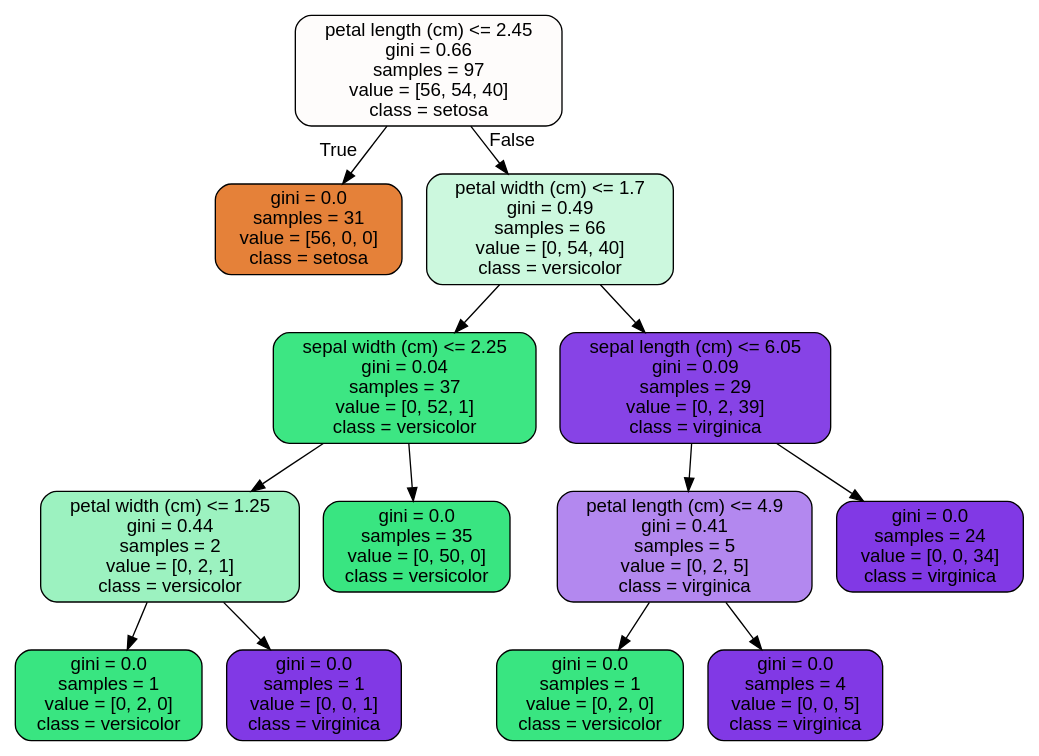
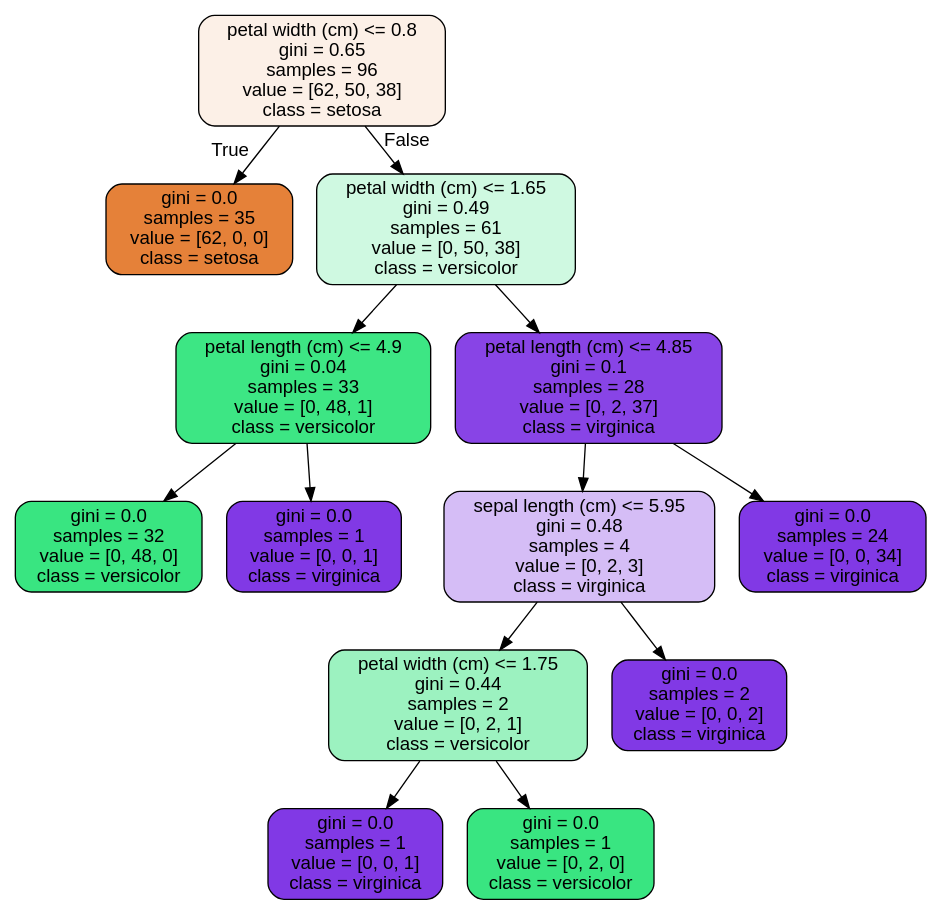
The diagram in Unit 14 - Supervised Learning/14.4 Random Forest Coronavirus case study/tree.dot (faridjn/-Springboard-7_2_5_API-Mini-Project), drawn with Graphviz before and after one commit. The commit also changed 2 other files, not shown here.

```diff
--- a/Unit 14 - Supervised Learning/14.4 Random Forest Coronavirus case study/tree.dot
+++ b/Unit 14 - Supervised Learning/14.4 Random Forest Coronavirus case study/tree.dot
@@ -1,29 +1,29 @@
 digraph Tree {
 node [shape=box, style="filled, rounded", color="black", fontname="helvetica"] ;
 edge [fontname="helvetica"] ;
-0 [label="petal length (cm) <= 2.45\ngini = 0.66\nsamples = 97\nvalue = [56, 54, 40]\nclass = setosa", fillcolor="#fefcfb"] ;
-1 [label="gini = 0.0\nsamples = 31\nvalue = [56, 0, 0]\nclass = setosa", fillcolor="#e58139"] ;
+0 [label="petal width (cm) <= 0.8\ngini = 0.65\nsamples = 96\nvalue = [62, 50, 38]\nclass = setosa", fillcolor="#fcf0e7"] ;
+1 [label="gini = 0.0\nsamples = 35\nvalue = [62, 0, 0]\nclass = setosa", fillcolor="#e58139"] ;
 0 -> 1 [labeldistance=2.5, labelangle=45, headlabel="True"] ;
-2 [label="petal width (cm) <= 1.7\ngini = 0.49\nsamples = 66\nvalue = [0, 54, 40]\nclass = versicolor", fillcolor="#ccf8de"] ;
+2 [label="petal width (cm) <= 1.65\ngini = 0.49\nsamples = 61\nvalue = [0, 50, 38]\nclass = versicolor", fillcolor="#cff9e1"] ;
 0 -> 2 [labeldistance=2.5, labelangle=-45, headlabel="False"] ;
-3 [label="sepal width (cm) <= 2.25\ngini = 0.04\nsamples = 37\nvalue = [0, 52, 1]\nclass = versicolor", fillcolor="#3de683"] ;
+3 [label="petal length (cm) <= 4.9\ngini = 0.04\nsamples = 33\nvalue = [0, 48, 1]\nclass = versicolor", fillcolor="#3de684"] ;
 2 -> 3 ;
-4 [label="petal width (cm) <= 1.25\ngini = 0.44\nsamples = 2\nvalue = [0, 2, 1]\nclass = versicolor", fillcolor="#9cf2c0"] ;
+4 [label="gini = 0.0\nsamples = 32\nvalue = [0, 48, 0]\nclass = versicolor", fillcolor="#39e581"] ;
 3 -> 4 ;
-5 [label="gini = 0.0\nsamples = 1\nvalue = [0, 2, 0]\nclass = versicolor", fillcolor="#39e581"] ;
-4 -> 5 ;
-6 [label="gini = 0.0\nsamples = 1\nvalue = [0, 0, 1]\nclass = virginica", fillcolor="#8139e5"] ;
-4 -> 6 ;
-7 [label="gini = 0.0\nsamples = 35\nvalue = [0, 50, 0]\nclass = versicolor", fillcolor="#39e581"] ;
-3 -> 7 ;
-8 [label="sepal length (cm) <= 6.05\ngini = 0.09\nsamples = 29\nvalue = [0, 2, 39]\nclass = virginica", fillcolor="#8743e6"] ;
-2 -> 8 ;
-9 [label="petal length (cm) <= 4.9\ngini = 0.41\nsamples = 5\nvalue = [0, 2, 5]\nclass = virginica", fillcolor="#b388ef"] ;
+5 [label="gini = 0.0\nsamples = 1\nvalue = [0, 0, 1]\nclass = virginica", fillcolor="#8139e5"] ;
+3 -> 5 ;
+6 [label="petal length (cm) <= 4.85\ngini = 0.1\nsamples = 28\nvalue = [0, 2, 37]\nclass = virginica", fillcolor="#8844e6"] ;
+2 -> 6 ;
+7 [label="sepal length (cm) <= 5.95\ngini = 0.48\nsamples = 4\nvalue = [0, 2, 3]\nclass = virginica", fillcolor="#d5bdf6"] ;
+6 -> 7 ;
+8 [label="petal width (cm) <= 1.75\ngini = 0.44\nsamples = 2\nvalue = [0, 2, 1]\nclass = versicolor", fillcolor="#9cf2c0"] ;
+7 -> 8 ;
+9 [label="gini = 0.0\nsamples = 1\nvalue = [0, 0, 1]\nclass = virginica", fillcolor="#8139e5"] ;
 8 -> 9 ;
 10 [label="gini = 0.0\nsamples = 1\nvalue = [0, 2, 0]\nclass = versicolor", fillcolor="#39e581"] ;
-9 -> 10 ;
-11 [label="gini = 0.0\nsamples = 4\nvalue = [0, 0, 5]\nclass = virginica", fillcolor="#8139e5"] ;
-9 -> 11 ;
+8 -> 10 ;
+11 [label="gini = 0.0\nsamples = 2\nvalue = [0, 0, 2]\nclass = virginica", fillcolor="#8139e5"] ;
+7 -> 11 ;
 12 [label="gini = 0.0\nsamples = 24\nvalue = [0, 0, 34]\nclass = virginica", fillcolor="#8139e5"] ;
-8 -> 12 ;
+6 -> 12 ;
 }
```
